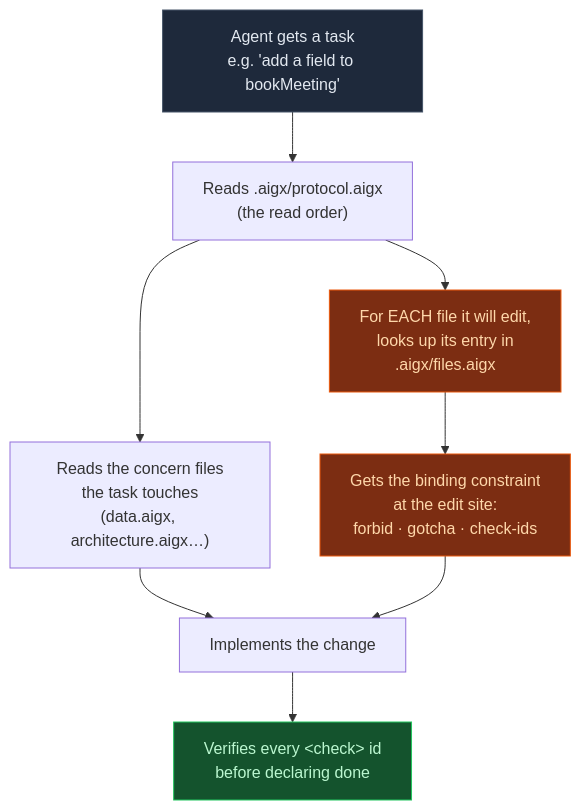
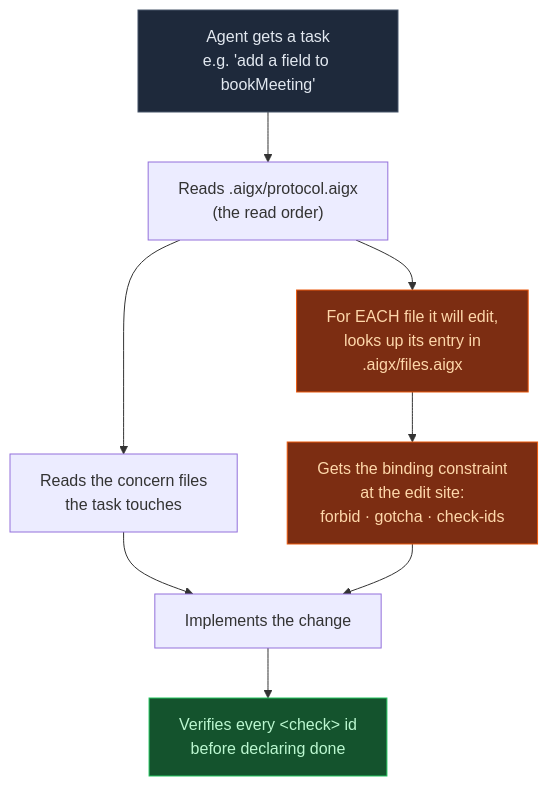
Before and after one commit to Lolner95/AIGX: the diagram in README.md, drawn with Mermaid. The commit also changed other lines of this file and 6 other files, not shown here.

````diff
--- a/README.md
+++ b/README.md
@@ -174,15 +208,14 @@
 ```mermaid
 flowchart TD
     A["Agent gets a task<br/>e.g. 'add a field to bookMeeting'"] --> B["Reads .aigx/protocol.aigx<br/>(the read order)"]
-    B --> C["Reads the concern files<br/>the task touches<br/>(data.aigx, architecture.aigx…)"]
+    B --> C["Reads the concern files<br/>the task touches"]
     B --> D["For EACH file it will edit,<br/>looks up its entry in<br/>.aigx/files.aigx"]
     D --> E["Gets the binding constraint<br/>at the edit site:<br/>forbid · gotcha · check-ids"]
     C --> F["Implements the change"]
     E --> F
     F --> G["Verifies every &lt;check&gt; id<br/>before declaring done"]
-
     style A fill:#1e293b,stroke:#475569,color:#e2e8f0
     style D fill:#7c2d12,stroke:#ea580c,color:#fed7aa
     style E fill:#7c2d12,stroke:#ea580c,color:#fed7aa
     style G fill:#14532d,stroke:#22c55e,color:#bbf7d0
 ```
````
